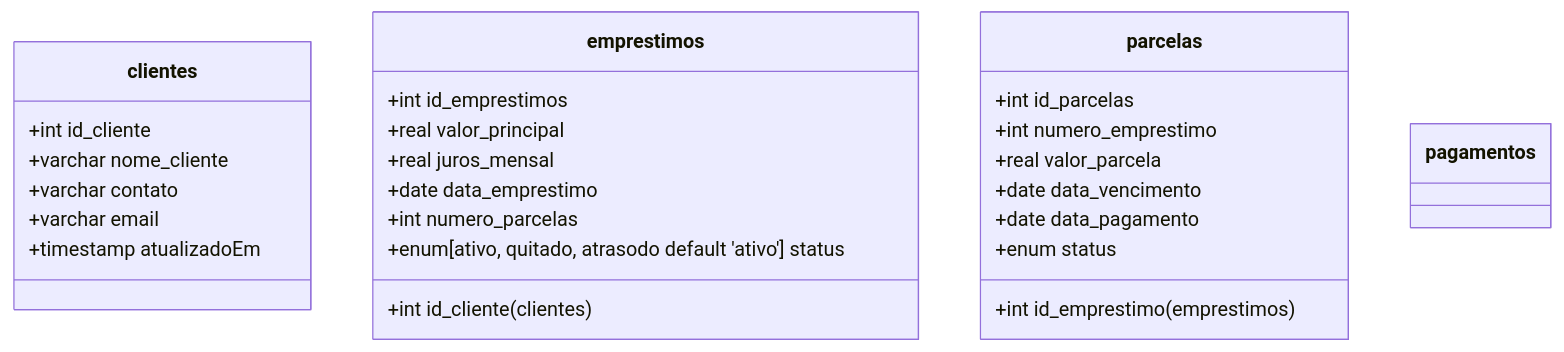
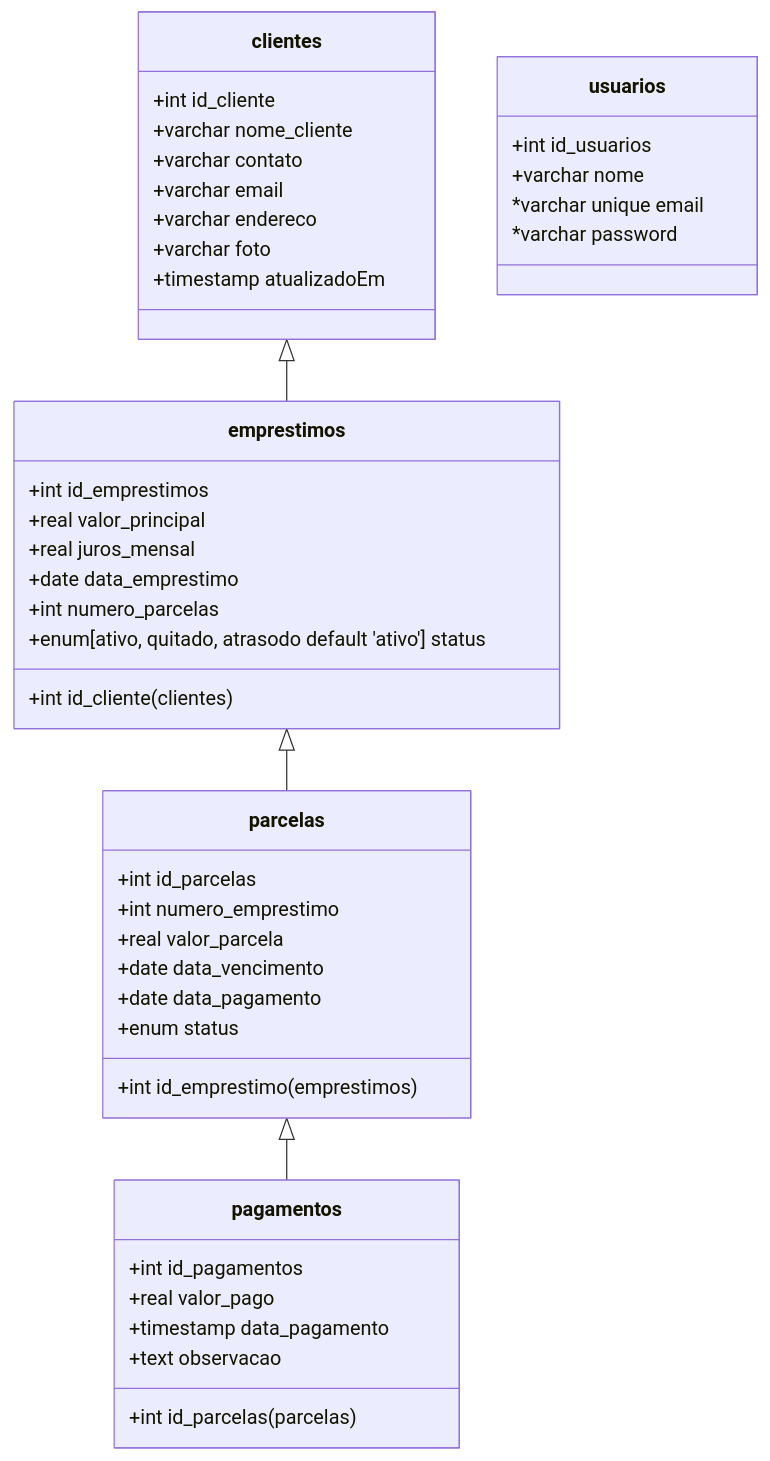
The diagram in data/db.md (GstavRocha/SmartFinanancialControl), drawn with Mermaid before and after one commit. The commit also changed 2 other files, not shown here.

Commit message:
database sqlite23

````diff
--- a/data/db.md
+++ b/data/db.md
@@ -3,34 +3,49 @@
 ```mermaid
 classDiagram
     class clientes{
         +int id_cliente
         +varchar nome_cliente
         +varchar contato
         +varchar email
+        +varchar endereco
+        +varchar foto
         +timestamp atualizadoEm
     }
 
     class emprestimos{
         +int id_emprestimos
         +real valor_principal
         +real juros_mensal
         +date data_emprestimo
         +int numero_parcelas
         +enum[ativo, quitado, atrasodo default 'ativo'] status
         +int id_cliente(clientes)
     }
 
     class parcelas{
         +int id_parcelas
         +int numero_emprestimo
         +real valor_parcela
         +date data_vencimento
         +date data_pagamento
         +enum status
         +int id_emprestimo(emprestimos)
     }
     class pagamentos{
-        
+        +int id_pagamentos
+        +int id_parcelas(parcelas)
+        +real valor_pago
+        +timestamp data_pagamento 
+        +text observacao
     }
+    class usuarios{
+        +int id_usuarios
+        +varchar nome
+        *varchar unique email
+        *varchar password
+    }
+    clientes <|--emprestimos
+    emprestimos <|-- parcelas
+    parcelas <|-- pagamentos
 
 ```
````
